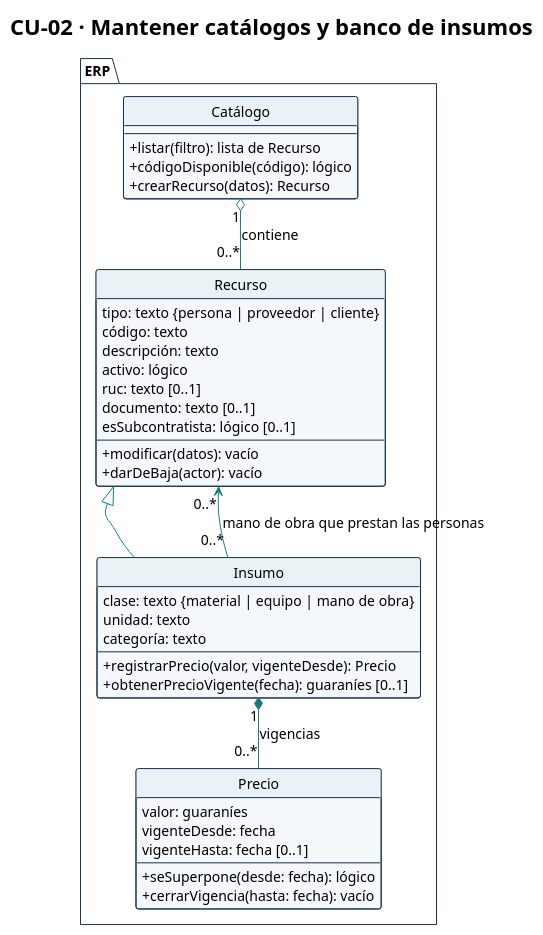
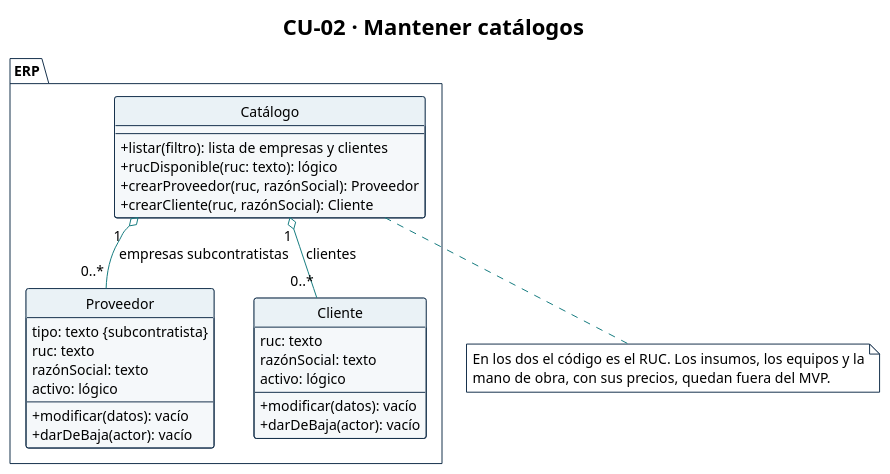
The diagram in diagramas/CU-02-clases.puml (Ssrrb/tpf-uca), drawn with PlantUML before and after one commit. The commit also changed 41 other files, not shown here.

First line of the commit message:
Diagramas de los 16 CU en el MVP: ajustes de CU-01 a CU-09 y diagramas nuevos de CU-10 a CU-16

```diff
--- a/diagramas/CU-02-clases.puml
+++ b/diagramas/CU-02-clases.puml
@@ -1,72 +1,64 @@
 @startuml
 !theme plain
 skinparam style strictuml
-title CU-02 · Mantener catálogos y banco de insumos
+title CU-02 · Mantener catálogos
 hide circle
 hide empty methods
 hide empty fields
 skinparam shadowing false
 skinparam classAttributeIconSize 0
 skinparam defaultFontName Arial
 skinparam defaultFontSize 14
 skinparam nodesep 40
 skinparam ranksep 50
 skinparam ArrowColor #167C80
 skinparam class {
   BackgroundColor #F5F8FA
   BorderColor #17324D
   HeaderBackgroundColor #EAF2F6
 }
 skinparam package {
   BackgroundColor #FFFFFF
   BorderColor #17324D
 }
 skinparam note {
   BackgroundColor #FFFFFF
   BorderColor #17324D
 }
 package "ERP" {
   class "Catálogo" as Catalogo {
     --
-    + listar(filtro): lista de Recurso
-    + códigoDisponible(código): lógico
-    + crearRecurso(datos): Recurso
+    + listar(filtro): lista de empresas y clientes
+    + rucDisponible(ruc: texto): lógico
+    + crearProveedor(ruc, razónSocial): Proveedor
+    + crearCliente(ruc, razónSocial): Cliente
   }
 
-  class Recurso {
-    tipo: texto {persona | proveedor | cliente}
-    código: texto
-    descripción: texto
+  class Proveedor {
+    tipo: texto {subcontratista}
+    ruc: texto
+    razónSocial: texto
     activo: lógico
-    ruc: texto [0..1]
-    documento: texto [0..1]
-    esSubcontratista: lógico [0..1]
     --
     + modificar(datos): vacío
     + darDeBaja(actor): vacío
   }
 
-  class Insumo {
-    clase: texto {material | equipo | mano de obra}
-    unidad: texto
-    categoría: texto
+  class Cliente {
+    ruc: texto
+    razónSocial: texto
+    activo: lógico
     --
-    + registrarPrecio(valor, vigenteDesde): Precio
-    + obtenerPrecioVigente(fecha): guaraníes [0..1]
-  }
-
-  class Precio {
-    valor: guaraníes
-    vigenteDesde: fecha
-    vigenteHasta: fecha [0..1]
-    --
-    + seSuperpone(desde: fecha): lógico
-    + cerrarVigencia(hasta: fecha): vacío
+    + modificar(datos): vacío
+    + darDeBaja(actor): vacío
   }
 }
 
-Recurso <|-- Insumo
-Catalogo "1" o-- "0..*" Recurso : contiene
-Insumo "1" *-- "0..*" Precio : vigencias
-Insumo "0..*" --> "0..*" Recurso : mano de obra que prestan las personas
+Catalogo "1" o-- "0..*" Proveedor : empresas subcontratistas
+Catalogo "1" o-- "0..*" Cliente : clientes
+
+note bottom of Catalogo
+  En los dos el código es el RUC. Los insumos, los equipos y la
+  mano de obra, con sus precios, quedan fuera del MVP.
+end note
 @enduml
```
